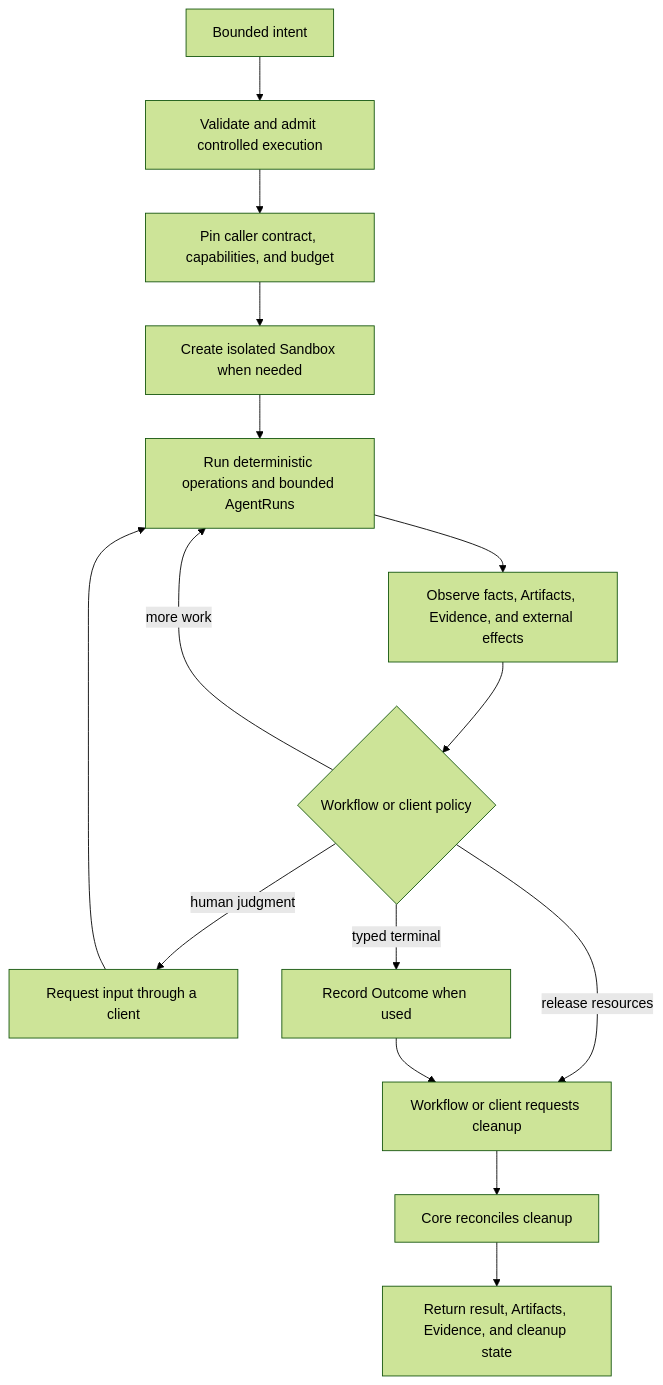
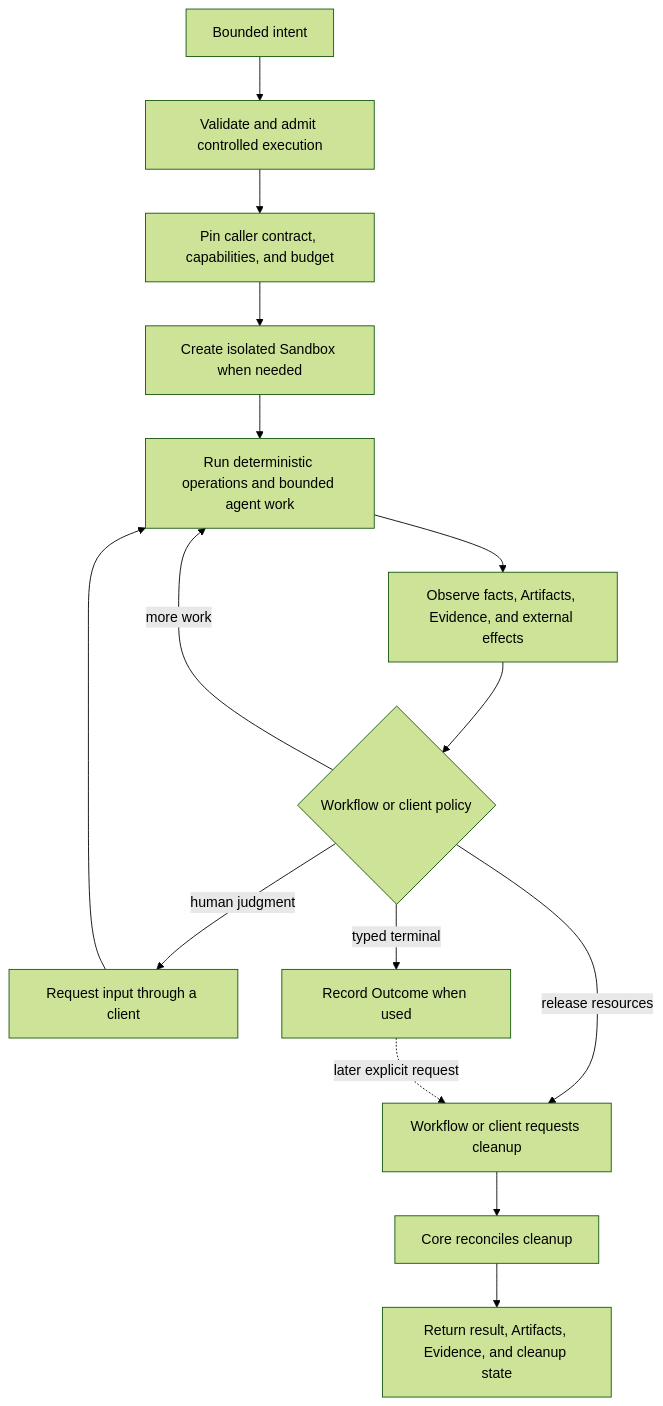
One commit to aphronio/dorf changed the diagram in docs/project/north-star.md. Above: the diagram before and after it, drawn with Mermaid (forest theme). The commit also changed other lines of this file and 3 other files, not shown here.

````diff
--- a/docs/project/north-star.md
+++ b/docs/project/north-star.md
@@ -102,17 +106,17 @@
 ```mermaid
 flowchart TD
     Intent["Bounded intent"] --> Admit["Validate and admit controlled execution"]
     Admit --> Contract["Pin caller contract, capabilities, and budget"]
     Contract --> Sandbox["Create isolated Sandbox when needed"]
-    Sandbox --> Work["Run deterministic operations and bounded AgentRuns"]
+    Sandbox --> Work["Run deterministic operations and bounded agent work"]
     Work --> Observe["Observe facts, Artifacts, Evidence, and external effects"]
     Observe --> Decide{"Workflow or client policy"}
     Decide -->|"more work"| Work
     Decide -->|"human judgment"| Attention["Request input through a client"]
     Attention --> Work
     Decide -->|"typed terminal"| Outcome["Record Outcome when used"]
     Decide -->|"release resources"| RequestCleanup
-    Outcome --> RequestCleanup["Workflow or client requests cleanup"]
+    Outcome -.->|"later explicit request"| RequestCleanup["Workflow or client requests cleanup"]
     RequestCleanup --> Cleanup["Core reconciles cleanup"]
     Cleanup --> Receipt["Return result, Artifacts, Evidence, and cleanup state"]
 ```
````
